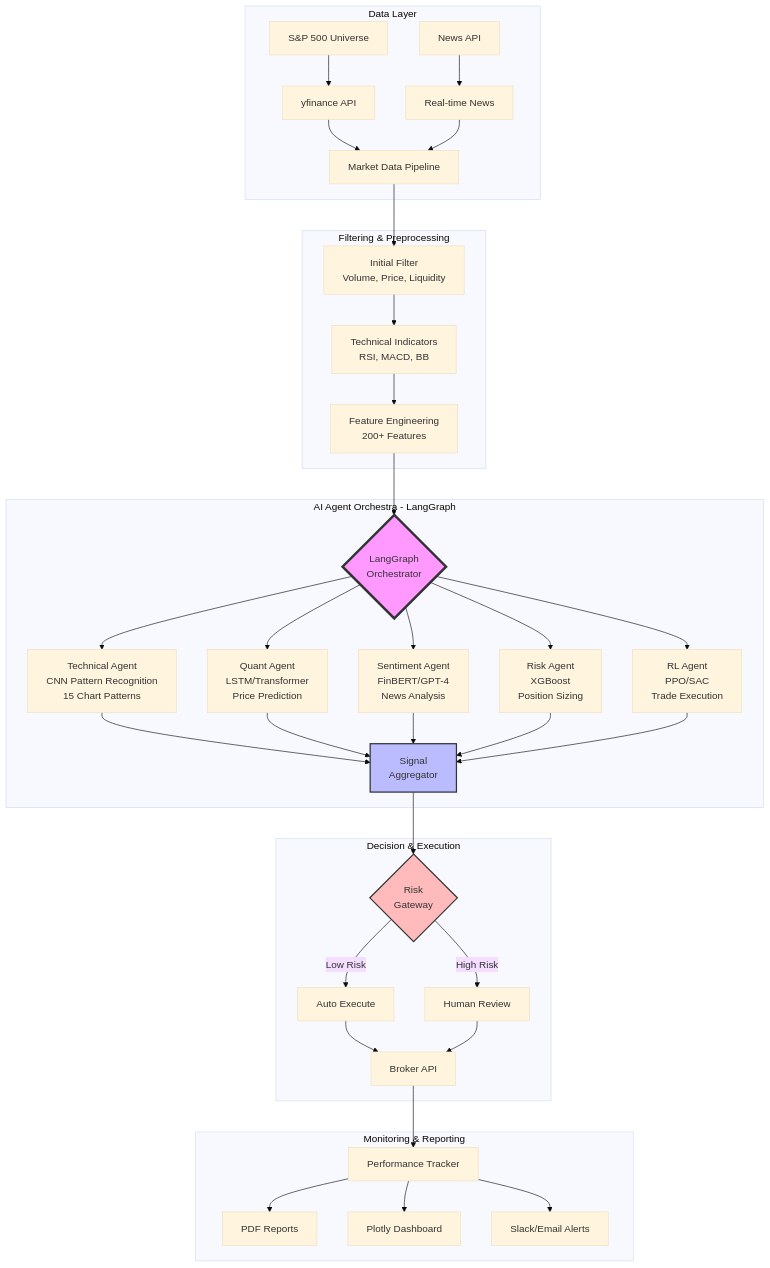
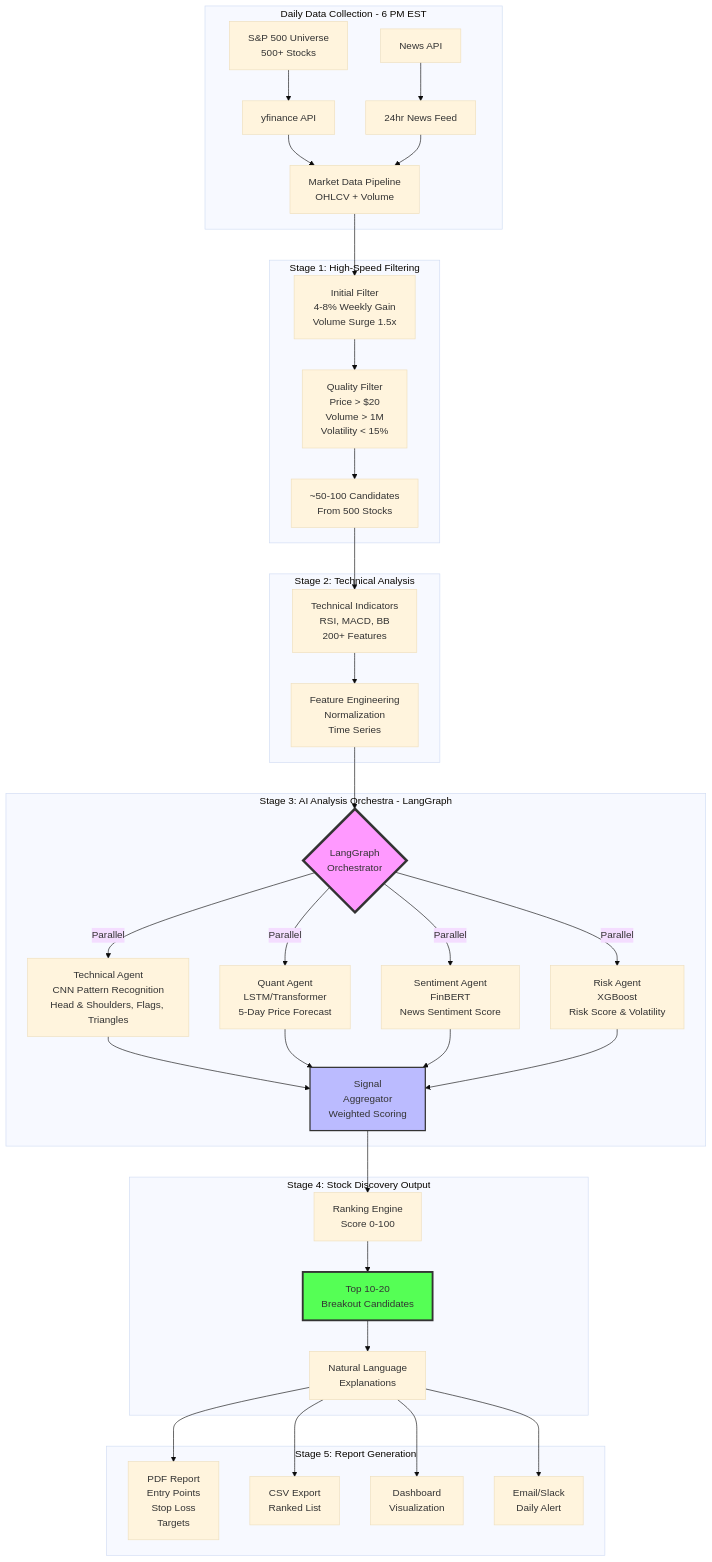
Before and after one commit to Ciri8/stock-finder: the diagram in README.md, drawn with Mermaid (base theme). The commit also changed other lines of this file, not shown here.

````diff
--- a/README.md
+++ b/README.md
@@ -7,50 +7,51 @@
 ```mermaid
 graph TB
-    subgraph "Data Layer"
-        A[S&P 500 Universe] --> B[yfinance API]
-        C[News API] --> D[Real-time News]
-        B --> E[Market Data Pipeline]
+    subgraph "Daily Data Collection - 6 PM EST"
+        A[S&P 500 Universe<br/>500+ Stocks] --> B[yfinance API]
+        C[News API] --> D[24hr News Feed]
+        B --> E[Market Data Pipeline<br/>OHLCV + Volume]
         D --> E
     end
     
-    subgraph "Filtering & Preprocessing"
-        E --> F[Initial Filter<br/>Volume, Price, Liquidity]
-        F --> G[Technical Indicators<br/>RSI, MACD, BB]
-        G --> H[Feature Engineering<br/>200+ Features]
+    subgraph "Stage 1: High-Speed Filtering"
+        E --> F[Initial Filter<br/>4-8% Weekly Gain<br/>Volume Surge 1.5x]
+        F --> G[Quality Filter<br/>Price > $20<br/>Volume > 1M<br/>Volatility < 15%]
+        G --> H[~50-100 Candidates<br/>From 500 Stocks]
     end
     
-    subgraph "AI Agent Orchestra - LangGraph"
-        H --> I{LangGraph<br/>Orchestrator}
-        
-        I --> J[Technical Agent<br/>CNN Pattern Recognition<br/>15 Chart Patterns]
-        I --> K[Quant Agent<br/>LSTM/Transformer<br/>Price Prediction]
-        I --> L[Sentiment Agent<br/>FinBERT/GPT-4<br/>News Analysis]
-        I --> M[Risk Agent<br/>XGBoost<br/>Position Sizing]
-        I --> N[RL Agent<br/>PPO/SAC<br/>Trade Execution]
-        
-        J --> O[Signal<br/>Aggregator]
-        K --> O
-        L --> O
-        M --> O
-        N --> O
+    subgraph "Stage 2: Technical Analysis"
+        H --> I[Technical Indicators<br/>RSI, MACD, BB<br/>200+ Features]
+        I --> J[Feature Engineering<br/>Normalization<br/>Time Series]
     end
     
-    subgraph "Decision & Execution"
-        O --> P{Risk<br/>Gateway}
-        P -->|Low Risk| Q[Auto Execute]
-        P -->|High Risk| R[Human Review]
-        Q --> S[Broker API]
-        R --> S
+    subgraph "Stage 3: AI Analysis Orchestra - LangGraph"
+        J --> K{LangGraph<br/>Orchestrator}
+        
+        K -->|Parallel| L[Technical Agent<br/>CNN Pattern Recognition<br/>Head & Shoulders, Flags, Triangles]
+        K -->|Parallel| M[Quant Agent<br/>LSTM/Transformer<br/>5-Day Price Forecast]
+        K -->|Parallel| N[Sentiment Agent<br/>FinBERT<br/>News Sentiment Score]
+        K -->|Parallel| O[Risk Agent<br/>XGBoost<br/>Risk Score & Volatility]
+        
+        L --> P[Signal<br/>Aggregator<br/>Weighted Scoring]
+        M --> P
+        N --> P
+        O --> P
     end
     
-    subgraph "Monitoring & Reporting"
-        S --> T[Performance Tracker]
-        T --> U[PDF Reports]
-        T --> V[Plotly Dashboard]
-        T --> W[Slack/Email Alerts]
+    subgraph "Stage 4: Stock Discovery Output"
+        P --> Q[Ranking Engine<br/>Score 0-100]
+        Q --> R[Top 10-20<br/>Breakout Candidates]
+        R --> S[Natural Language<br/>Explanations]
     end
     
-    style I fill:#f9f,stroke:#333,stroke-width:4px
-    style O fill:#bbf,stroke:#333,stroke-width:2px
-    style P fill:#fbb,stroke:#333,stroke-width:2px
+    subgraph "Stage 5: Report Generation"
+        S --> T[PDF Report<br/>Entry Points<br/>Stop Loss<br/>Targets]
+        S --> U[CSV Export<br/>Ranked List]
+        S --> V[Dashboard<br/>Visualization]
+        S --> W[Email/Slack<br/>Daily Alert]
+    end
+    
+    style K fill:#f9f,stroke:#333,stroke-width:4px
+    style P fill:#bbf,stroke:#333,stroke-width:2px
+    style R fill:#5f5,stroke:#333,stroke-width:3px
 ```
````
